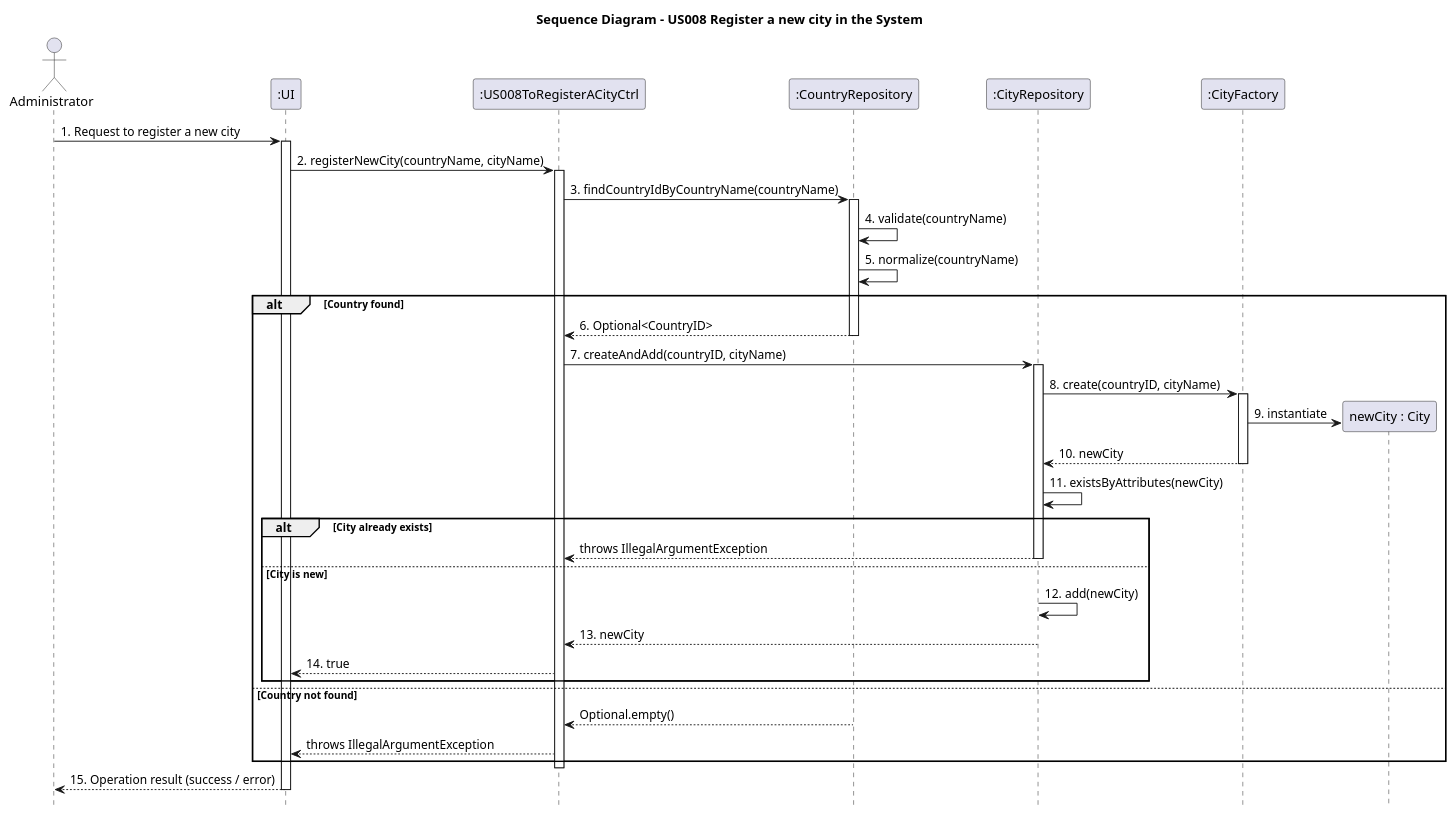
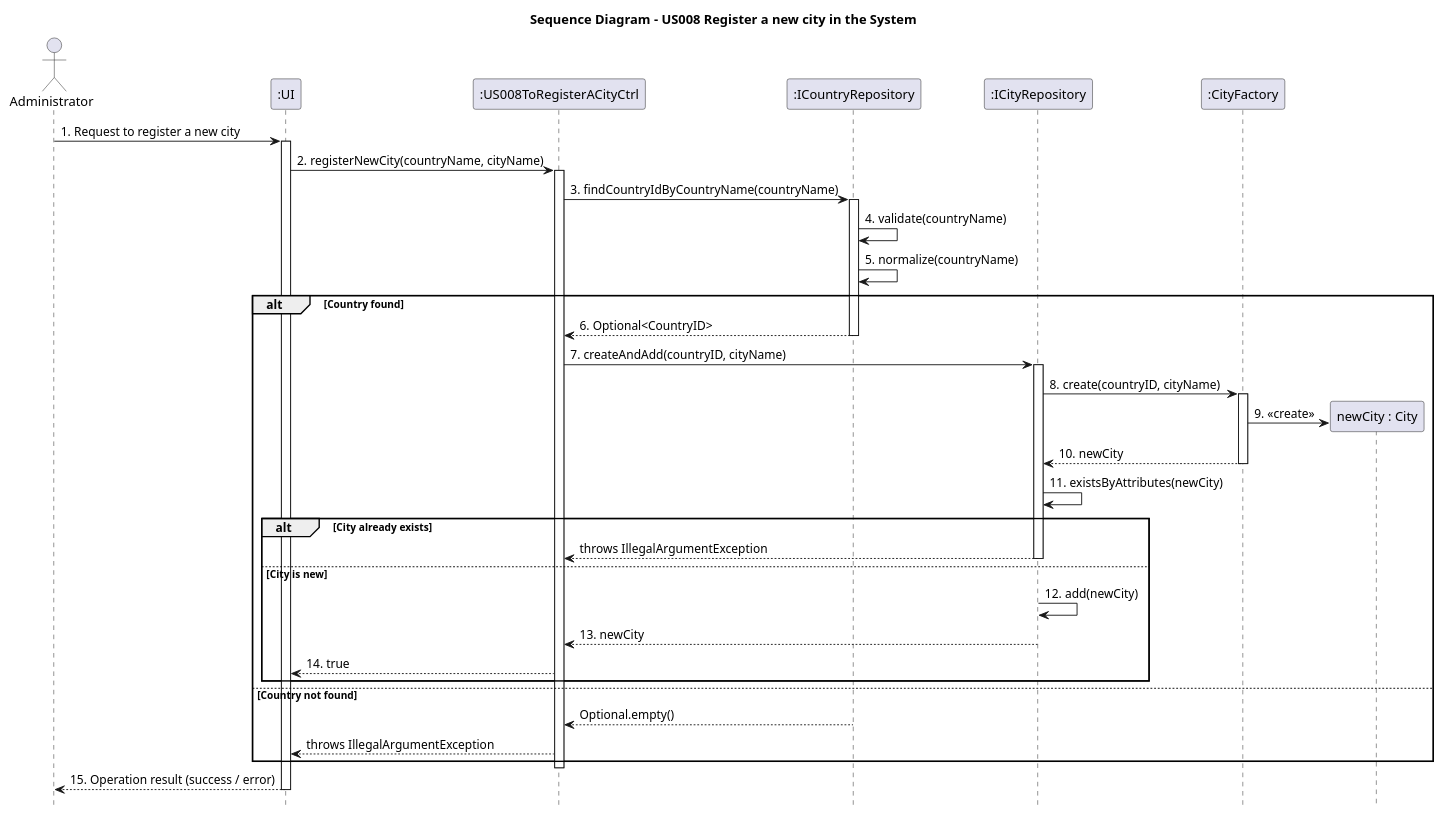
The diagram in Diagrams/SequenceDiagrams/N2/US008-to-register-new-city-in-the-system.puml (AndrePereiraGitH/SWitCH-Project-Team_A), drawn with PlantUML before and after one commit. The commit also changed 1 other file, not shown here.

Commit message:
Docs #495 (US008): corrections to the diagrams so they follow more closely conventions established for the project

```diff
--- a/Diagrams/SequenceDiagrams/N2/US008-to-register-new-city-in-the-system.puml
+++ b/Diagrams/SequenceDiagrams/N2/US008-to-register-new-city-in-the-system.puml
@@ -1,67 +1,67 @@
 @startuml
 
 footbox off
 title Sequence Diagram - US008 Register a new city in the System
 
 actor Administrator
 participant ":UI" as UI
 participant ":US008ToRegisterACityCtrl" as CityController
-participant ":CountryRepository" as CountryRepository
-participant ":CityRepository" as CityRepository
+participant ":ICountryRepository" as CountryRepository
+participant ":ICityRepository" as CityRepository
 participant ":CityFactory" as CityFactory
 
 Administrator -> UI : 1. Request to register a new city
 activate UI
 
 UI -> CityController : 2. registerNewCity(countryName, cityName)
 activate CityController
 
 CityController -> CountryRepository : 3. findCountryIdByCountryName(countryName)
 activate CountryRepository
 
 CountryRepository -> CountryRepository : 4. validate(countryName)
 CountryRepository -> CountryRepository : 5. normalize(countryName)
 
 alt Country found
     CountryRepository --> CityController : 6. Optional<CountryID>
 
     deactivate CountryRepository
 
     CityController -> CityRepository : 7. createAndAdd(countryID, cityName)
     activate CityRepository
 
     CityRepository -> CityFactory : 8. create(countryID, cityName)
     activate CityFactory
 
     create "newCity : City" as City
-    CityFactory -> City : 9. instantiate
+    CityFactory -> City : 9. «create»
 
     CityFactory --> CityRepository : 10. newCity
     deactivate CityFactory
 
     CityRepository -> CityRepository : 11. existsByAttributes(newCity)
 
     alt City already exists
         CityRepository --> CityController : throws IllegalArgumentException
         deactivate CityRepository
     else City is new
         CityRepository -> CityRepository : 12. add(newCity)
         CityRepository --> CityController : 13. newCity
         deactivate CityRepository
 
         CityController --> UI : 14. true
     end
 
 else Country not found
     CountryRepository --> CityController : Optional.empty()
     deactivate CountryRepository
 
     CityController --> UI : throws IllegalArgumentException
 end
 
 deactivate CityController
 
 UI --> Administrator : 15. Operation result (success / error)
 deactivate UI
 
 @enduml
```
